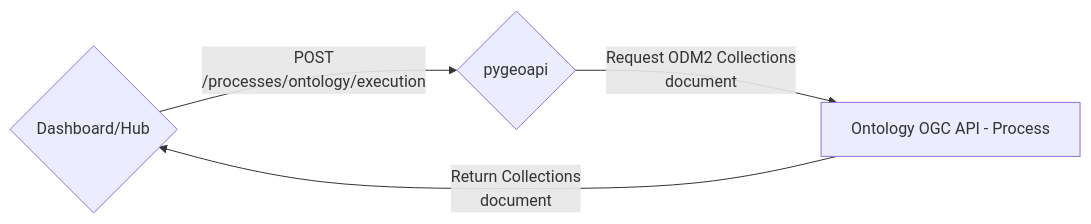
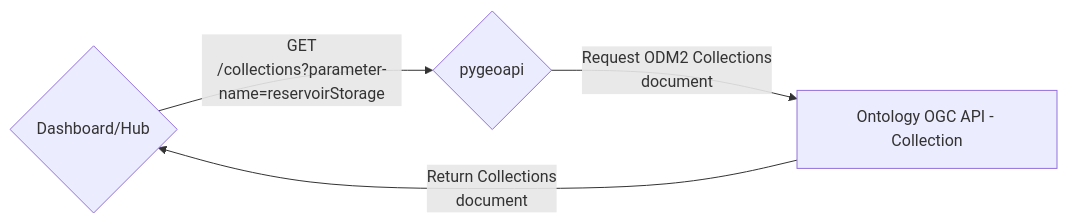
One commit to internetofwater/Western-Water-Datahub changed the first of 4 diagrams in docs/ontology.md. Above: the diagram before and after it, drawn with Mermaid. The commit also changed other lines of this file and 2 other files, not shown here.

Commit message:
Update ontology abstraction

````diff
--- a/docs/ontology.md
+++ b/docs/ontology.md
@@ -18,8 +18,8 @@
 ```mermaid
 flowchart LR
     I{Dashboard/Hub}
     P{pygeoapi}
-    A[Ontology OGC API - Process]
+    A[Ontology OGC API - Collection]
 
-    I -- POST<br>/processes/ontology/execution --> P -- Request ODM2 Collections<br>document --> A -- Return Collections<br>document --> I
+    I -- GET<br>/collections?parameter-name=reservoirStorage --> P -- Request ODM2 Collections<br>document --> A -- Return Collections<br>document --> I
 ```
````
